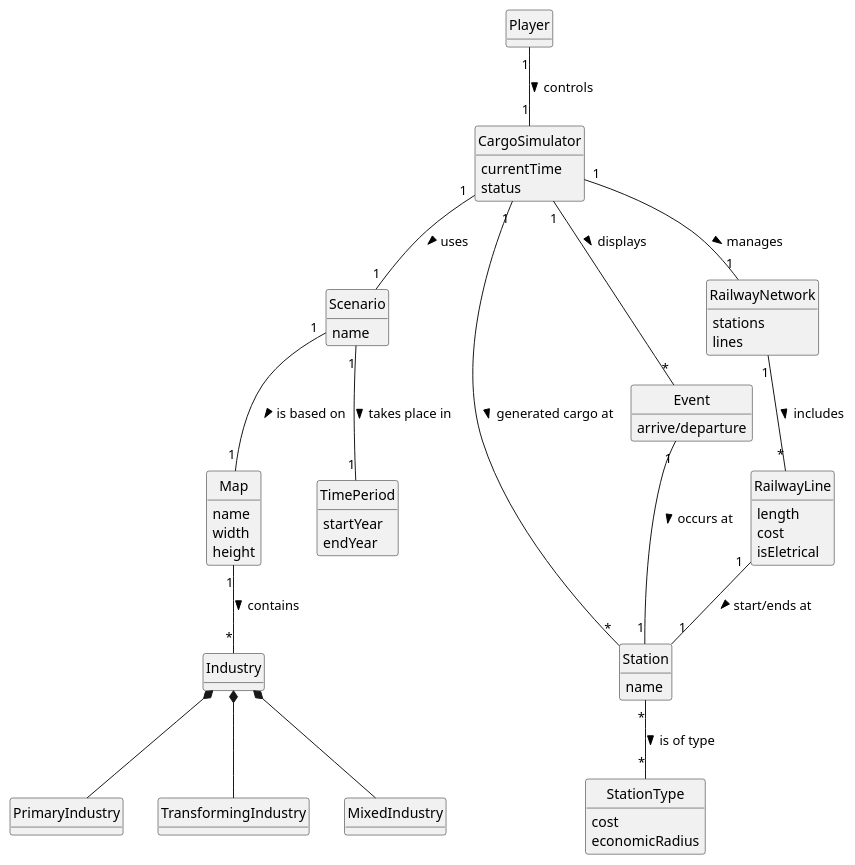
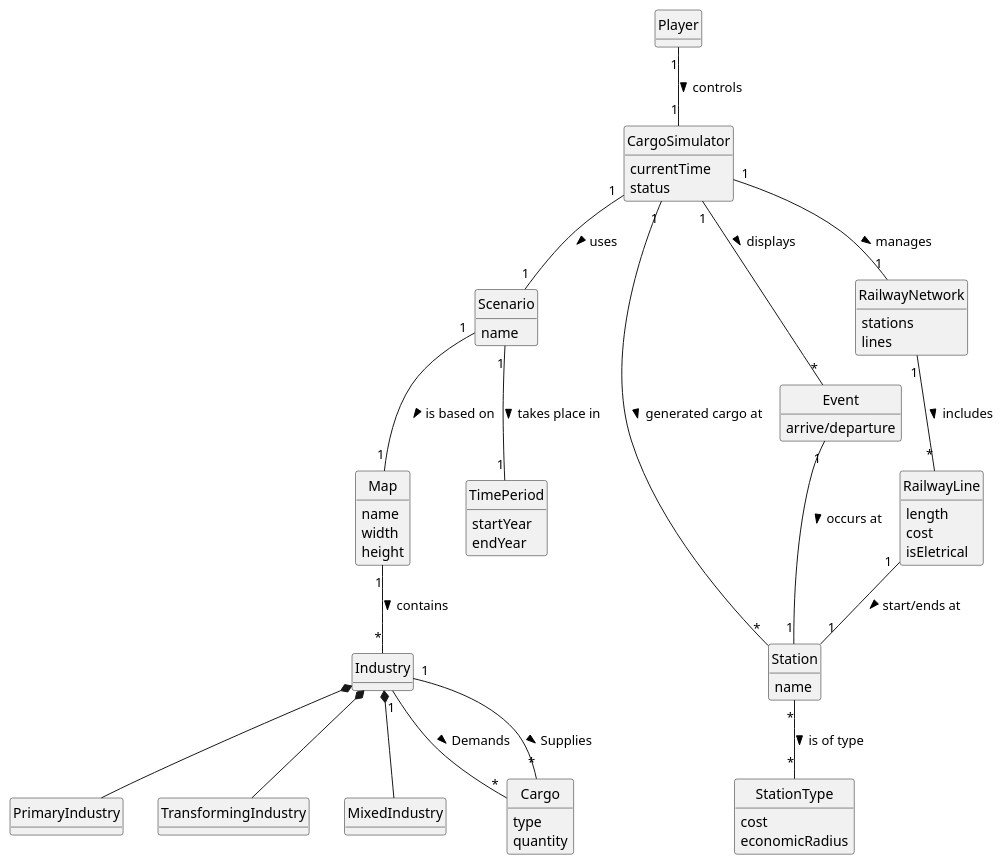
The diagram in docs/system-documentation/US012/02.analysis/puml/US012-DM.puml (bruno-monteiro5/sem2-pi-24.25-g132-repo), drawn with PlantUML before and after one commit. The commit also changed 4 other files, not shown here.

```diff
--- a/docs/system-documentation/US012/02.analysis/puml/US012-DM.puml
+++ b/docs/system-documentation/US012/02.analysis/puml/US012-DM.puml
@@ -1,90 +1,97 @@
 @startuml
 skinparam monochrome true
 hide circle
 hide methods
 
 class Player {
 }
 
 class CargoSimulator {
   currentTime
   status
 }
 
 class Scenario {
   name
 }
 
 class Map {
     name
     width
     height
 }
 
 class TimePeriod {
     startYear
     endYear
 }
 
 class Station {
   name
 }
 
 class StationType {
   cost
   economicRadius
 }
 
 class Event {
     arrive/departure
 }
 
 class RailwayNetwork {
     stations
     lines
 }
 
 class RailwayLine {
     length
     cost
     isEletrical
 }
 
 class Industry {
 }
 
 class PrimaryIndustry {
 }
 
 class TransformingIndustry {
 }
 
 class MixedIndustry {
 }
 
+class Cargo {
+type
+quantity
+}
+
 Player "1" -- "1" CargoSimulator : controls >
 CargoSimulator "1" -- "1" Scenario : uses >
 CargoSimulator "1" -- "*" Station : generated cargo at >
 Station "*" -- "*" StationType : is of type >
 Scenario "1" -- "1" TimePeriod : takes place in >
 Scenario "1" -- "1" Map : is based on >
 CargoSimulator "1" -- "*" Event : displays >
 Event "1" -- "1" Station : occurs at >
 CargoSimulator "1" -- "1" RailwayNetwork : manages >
 RailwayNetwork "1" -- "*" RailwayLine : includes >
 RailwayLine "1" -- "1" Station : start/ends at >
 Map "1" -- "*" Industry : contains >
 Industry *-- PrimaryIndustry
 Industry *-- TransformingIndustry
 Industry *-- MixedIndustry
+Industry "1" -- "*" Cargo : Demands >
+Industry "1" -- "*" Cargo : Supplies >
 
 
 
 
 
 
 
 
 
 
 @enduml
```
